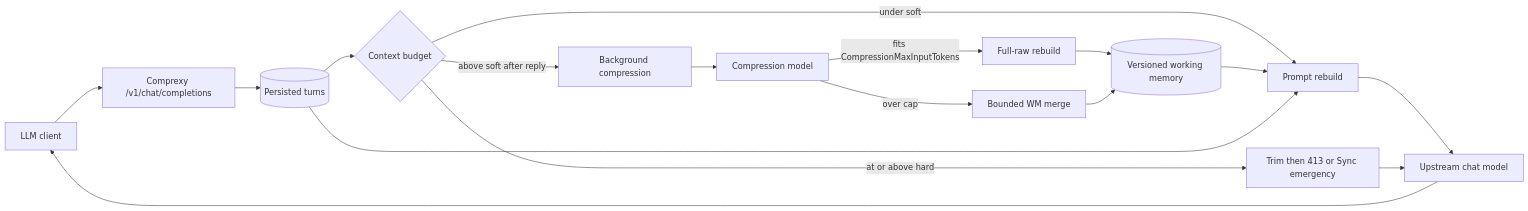
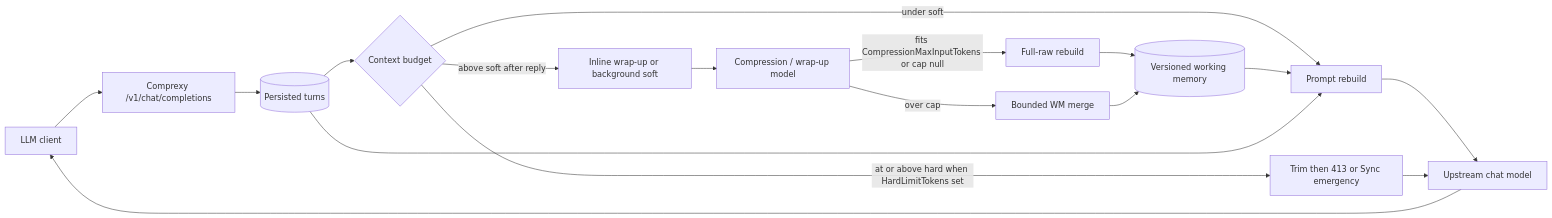
Before and after one commit to norielmallari/comprexy: the diagram in README.md, drawn with Mermaid. The commit also changed other lines of this file and 4 other files, not shown here.

````diff
--- a/README.md
+++ b/README.md
@@ -168,19 +168,19 @@
 ```mermaid
 flowchart LR
   Client[LLM client] --> Proxy["Comprexy /v1/chat/completions"]
   Proxy --> Store[(Persisted turns)]
   Store --> Budget{Context budget}
   Budget -->|under soft| Rebuild[Prompt rebuild]
-  Budget -->|above soft after reply| Queue[Background compression]
-  Budget -->|at or above hard| HardPath[Trim then 413 or Sync emergency]
-  Queue --> Compress[Compression model]
-  Compress -->|fits CompressionMaxInputTokens| FullRaw[Full-raw rebuild]
+  Budget -->|above soft after reply| SoftPath[Inline wrap-up or background soft]
+  Budget -->|at or above hard when HardLimitTokens set| HardPath[Trim then 413 or Sync emergency]
+  SoftPath --> Compress[Compression / wrap-up model]
+  Compress -->|fits CompressionMaxInputTokens or cap null| FullRaw[Full-raw rebuild]
   Compress -->|over cap| Merge[Bounded WM merge]
   FullRaw --> WM[(Versioned working memory)]
   Merge --> WM
   WM --> Rebuild
   Store --> Rebuild
   Rebuild --> Upstream[Upstream chat model]
   HardPath --> Upstream
   Upstream --> Client
 ```
````
